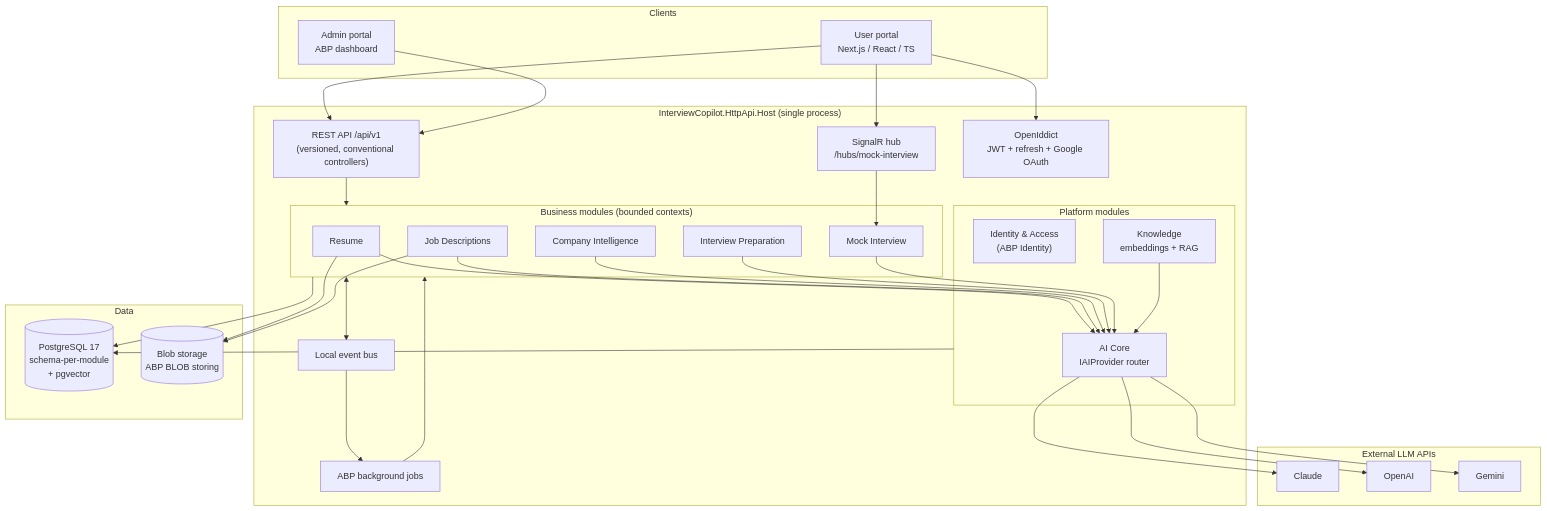
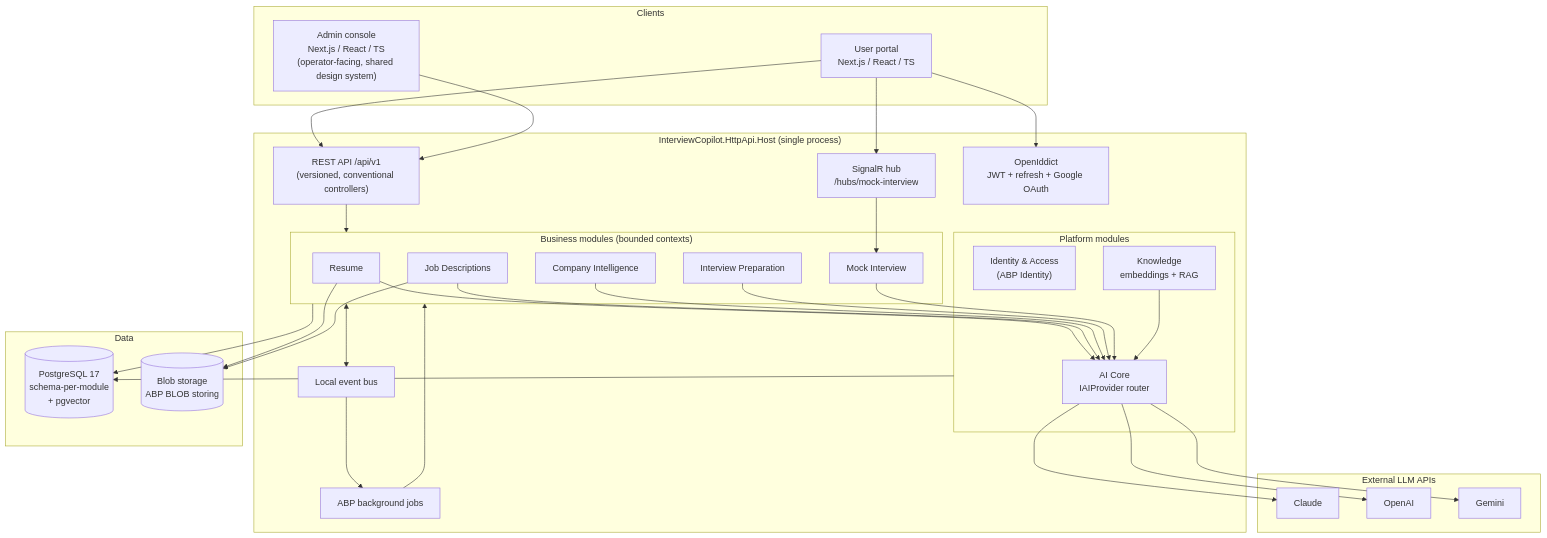
Before and after one commit to CoderCodern/Interview-Copilot-ABP: the diagram in docs/architecture/00-overview.md, drawn with Mermaid. The commit also changed 16 other files, not shown here.

Commit message:
Inherit Admin dashboard

````diff
--- a/docs/architecture/00-overview.md
+++ b/docs/architecture/00-overview.md
@@ -28,68 +28,68 @@
 ```mermaid
 flowchart TB
     subgraph Clients
         UP["User portal<br/>Next.js / React / TS"]
-        AP["Admin portal<br/>ABP dashboard"]
+        AP["Admin console<br/>Next.js / React / TS<br/>(operator-facing, shared design system)"]
     end
 
     subgraph Host["InterviewCopilot.HttpApi.Host (single process)"]
         API["REST API /api/v1<br/>(versioned, conventional controllers)"]
         HUB["SignalR hub<br/>/hubs/mock-interview"]
         AUTH["OpenIddict<br/>JWT + refresh + Google OAuth"]
 
         subgraph Modules["Business modules (bounded contexts)"]
             RES["Resume"]
             JD["Job Descriptions"]
             CI["Company Intelligence"]
             PREP["Interview Preparation"]
             MOCK["Mock Interview"]
         end
 
         subgraph Platform["Platform modules"]
             ID["Identity & Access<br/>(ABP Identity)"]
             AIC["AI Core<br/>IAIProvider router"]
             KN["Knowledge<br/>embeddings + RAG"]
         end
 
         BUS["Local event bus"]
         JOBS["ABP background jobs"]
     end
 
     subgraph Data
         PG[("PostgreSQL 17<br/>schema-per-module<br/>+ pgvector")]
         BLOB[("Blob storage<br/>ABP BLOB storing")]
     end
 
     subgraph LLMs["External LLM APIs"]
         CL["Claude"]
         OAI["OpenAI"]
         GEM["Gemini"]
     end
 
     UP --> API
     UP --> HUB
     AP --> API
     UP --> AUTH
 
     API --> Modules
     HUB --> MOCK
     Modules <--> BUS
     BUS --> JOBS
     JOBS --> Modules
 
     RES --> AIC
     JD --> AIC
     CI --> AIC
     PREP --> AIC
     MOCK --> AIC
     KN --> AIC
 
     Modules --> PG
     Platform --> PG
     RES --> BLOB
     JD --> BLOB
 
     AIC --> CL
     AIC --> OAI
     AIC --> GEM
 ```
````
